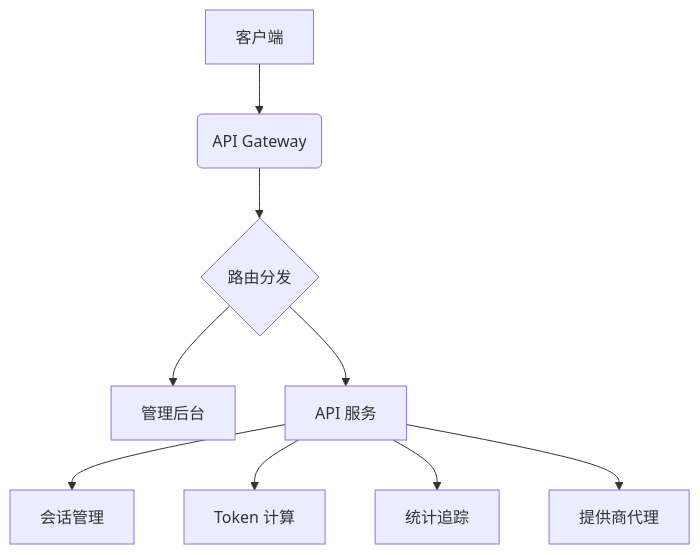
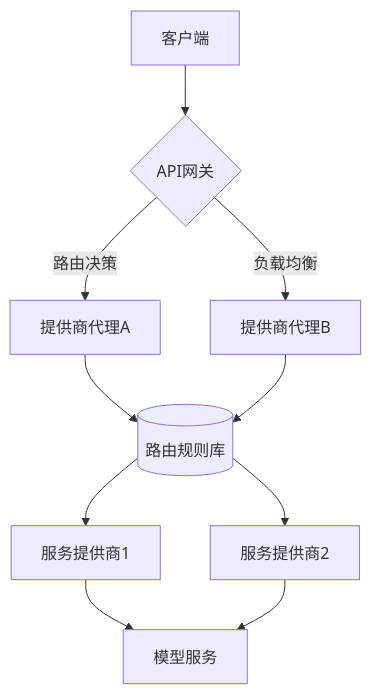
One commit to kuangren777/NexusAI-Hub changed the diagram in README.md. Above: the diagram before and after it, drawn with Mermaid. The commit also changed other lines of this file, not shown here.

````diff
--- a/README.md
+++ b/README.md
@@ -200,11 +12,12 @@
 ```mermaid
 graph TD
-    A[客户端] --> B(API Gateway)
-    B --> C{路由分发}
-    C --> D[管理后台]
-    C --> E[API 服务]
-    E --> F[会话管理]
-    E --> G[Token 计算]
-    E --> H[统计追踪]
-    E --> I[提供商代理]
+    A[客户端] --> B{API网关}
+    B -->|路由决策| C[提供商代理A]
+    B -->|负载均衡| D[提供商代理B]
+    C --> E[(路由规则库)]
+    D --> E
+    E --> F[服务提供商1]
+    E --> G[服务提供商2]
+    F --> H[模型服务]
+    G --> H
 ```
````
